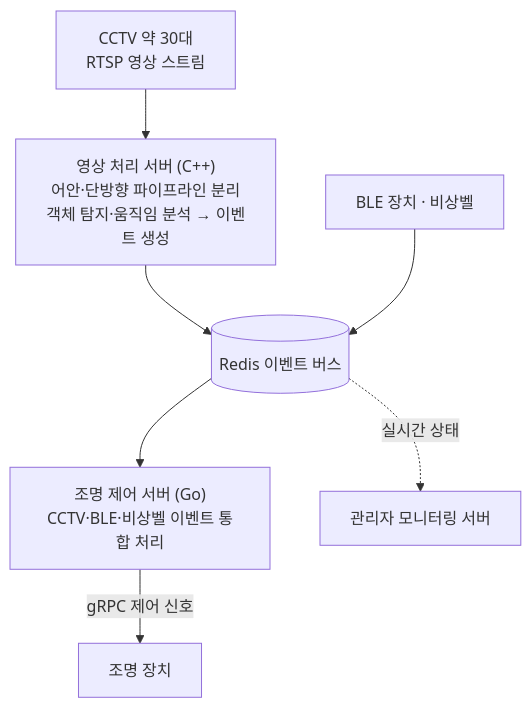
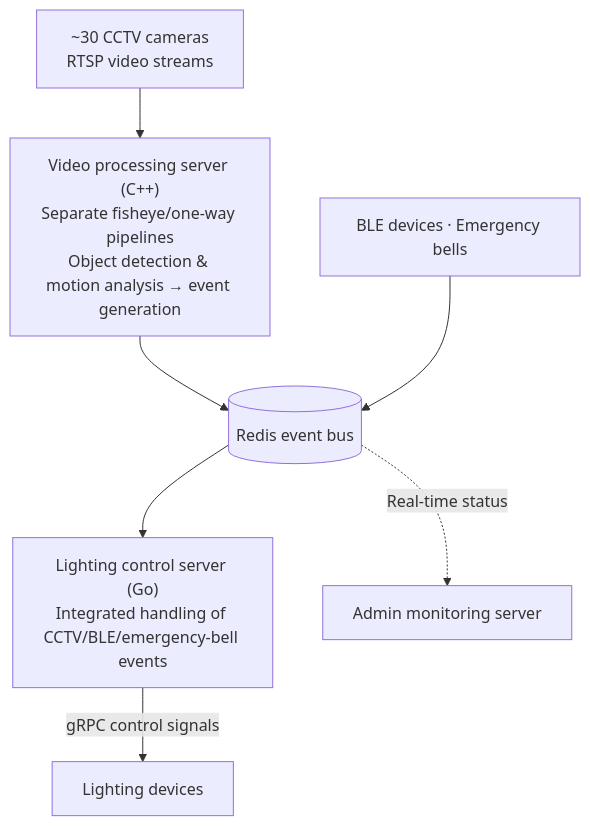
The diagram in _projects/smart-parking-system.md (donghyeon99/donghyeon99.github.io), drawn with Mermaid before and after one commit. The commit also changed other lines of this file and 6 other files, not shown here.

````diff
--- a/_projects/smart-parking-system.md
+++ b/_projects/smart-parking-system.md
@@ -36,9 +69,9 @@
 ```mermaid
 flowchart TD
-  CAM["CCTV 약 30대<br/>RTSP 영상 스트림"] --> VID["영상 처리 서버 (C++)<br/>어안·단방향 파이프라인 분리<br/>객체 탐지·움직임 분석 → 이벤트 생성"]
-  VID --> BUS[("Redis 이벤트 버스")]
-  BLE["BLE 장치 · 비상벨"] --> BUS
-  BUS --> CTRL["조명 제어 서버 (Go)<br/>CCTV·BLE·비상벨 이벤트 통합 처리"]
-  CTRL -->|"gRPC 제어 신호"| DEV["조명 장치"]
-  BUS -.->|"실시간 상태"| MON["관리자 모니터링 서버"]
+  CAM["~30 CCTV cameras<br/>RTSP video streams"] --> VID["Video processing server (C++)<br/>Separate fisheye/one-way pipelines<br/>Object detection & motion analysis → event generation"]
+  VID --> BUS[("Redis event bus")]
+  BLE["BLE devices · Emergency bells"] --> BUS
+  BUS --> CTRL["Lighting control server (Go)<br/>Integrated handling of CCTV/BLE/emergency-bell events"]
+  CTRL -->|"gRPC control signals"| DEV["Lighting devices"]
+  BUS -.->|"Real-time status"| MON["Admin monitoring server"]
 ```
````
